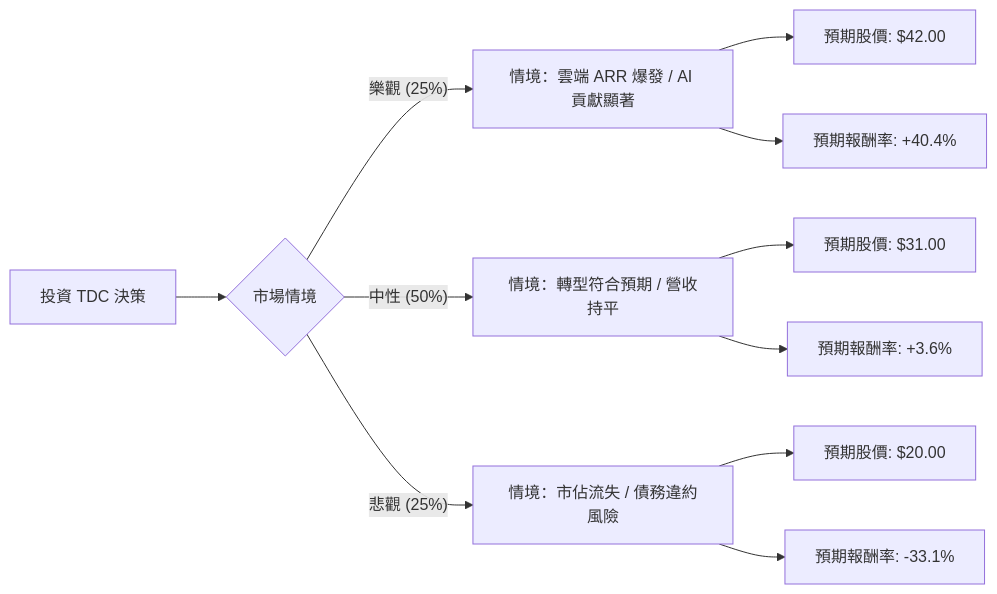
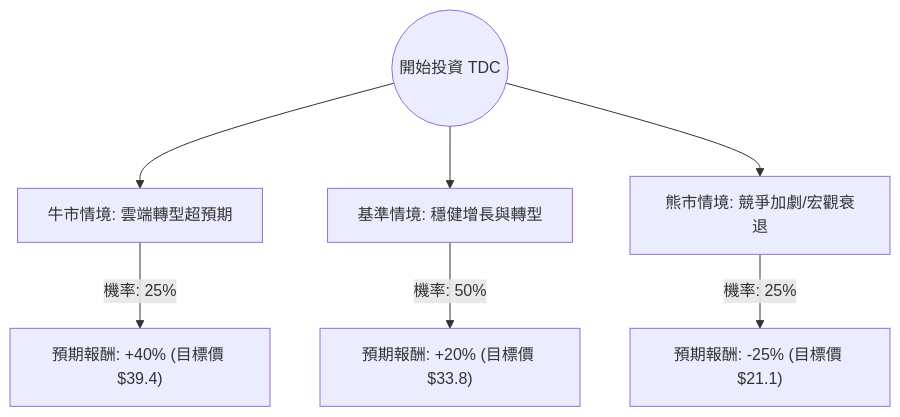
One commit to zmcx16/zmcx16.github.io changed the diagram in plugin-react/ai-analysis/ev-analysis/TDC.md. Above: the diagram before and after it, drawn with Mermaid. The commit also changed other lines of this file and 95 other files, not shown here.

````diff
--- a/plugin-react/ai-analysis/ev-analysis/TDC.md
+++ b/plugin-react/ai-analysis/ev-analysis/TDC.md
@@ -19,16 +20,10 @@
 ```mermaid
-graph LR
-    A[投資 TDC 決策] --> B{市場情境}
-    
-    B -- 樂觀 (25%) --> C[情境：雲端 ARR 爆發 / AI 貢獻顯著]
-    C --> C1[預期股價: $42.00]
-    C --> C2[預期報酬率: +40.4%]
+graph TD
+    Start((開始投資 TDC)) --> Bull[牛市情境: 雲端轉型超預期]
+    Start --> Base[基準情境: 穩健增長與轉型]
+    Start --> Bear[熊市情境: 競爭加劇/宏觀衰退]
 
-    B -- 中性 (50%) --> D[情境：轉型符合預期 / 營收持平]
-    D --> D1[預期股價: $31.00]
-    D --> D2[預期報酬率: +3.6%]
-
-    B -- 悲觀 (25%) --> E[情境：市佔流失 / 債務違約風險]
-    E --> E1[預期股價: $20.00]
-    E --> E2[預期報酬率: -33.1%]
+    Bull -- "機率: 25%" --> Bull_EV["預期報酬: +40% (目標價 $39.4)"]
+    Base -- "機率: 50%" --> Base_EV["預期報酬: +20% (目標價 $33.8)"]
+    Bear -- "機率: 25%" --> Bear_EV["預期報酬: -25% (目標價 $21.1)"]
 ```
````
